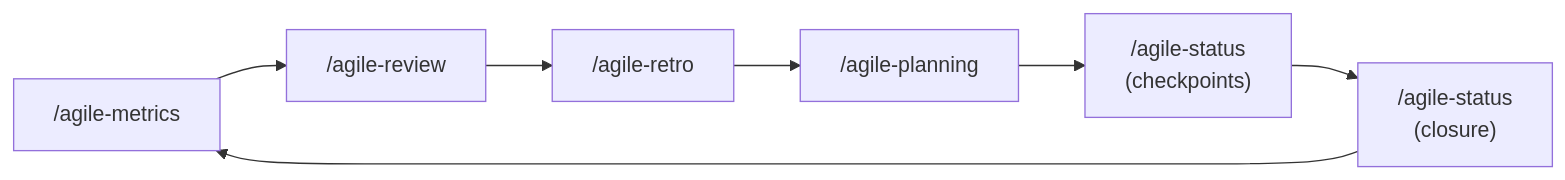
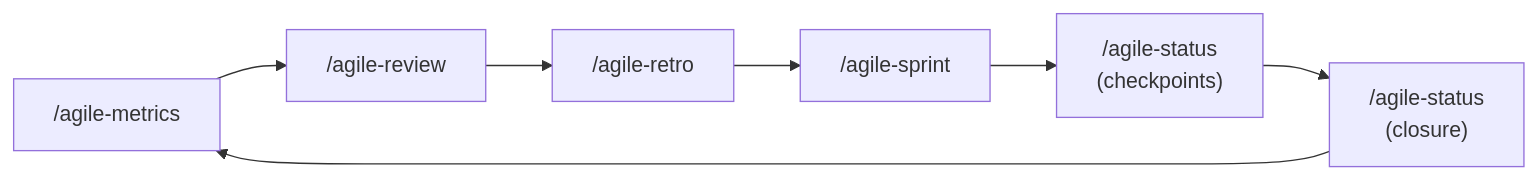
Before and after one commit to djalmajr/essential-skills: the diagram in docs/agile/guides/sprint-lifecycle.md, drawn with Mermaid. The commit also changed other lines of this file and 33 other files, not shown here.

First line of the commit message:
refactor(skills): rename agile-planning→agile-sprint, agile-task→agile-story

````diff
--- a/docs/agile/guides/sprint-lifecycle.md
+++ b/docs/agile/guides/sprint-lifecycle.md
@@ -230,9 +230,9 @@
 ```mermaid
 flowchart LR
     A["/agile-metrics"] --> B["/agile-review"]
     B --> C["/agile-retro"]
-    C --> D["/agile-planning"]
+    C --> D["/agile-sprint"]
     D --> E["/agile-status<br>(checkpoints)"]
     E --> F["/agile-status<br>(closure)"]
     F --> A
 ```
````
